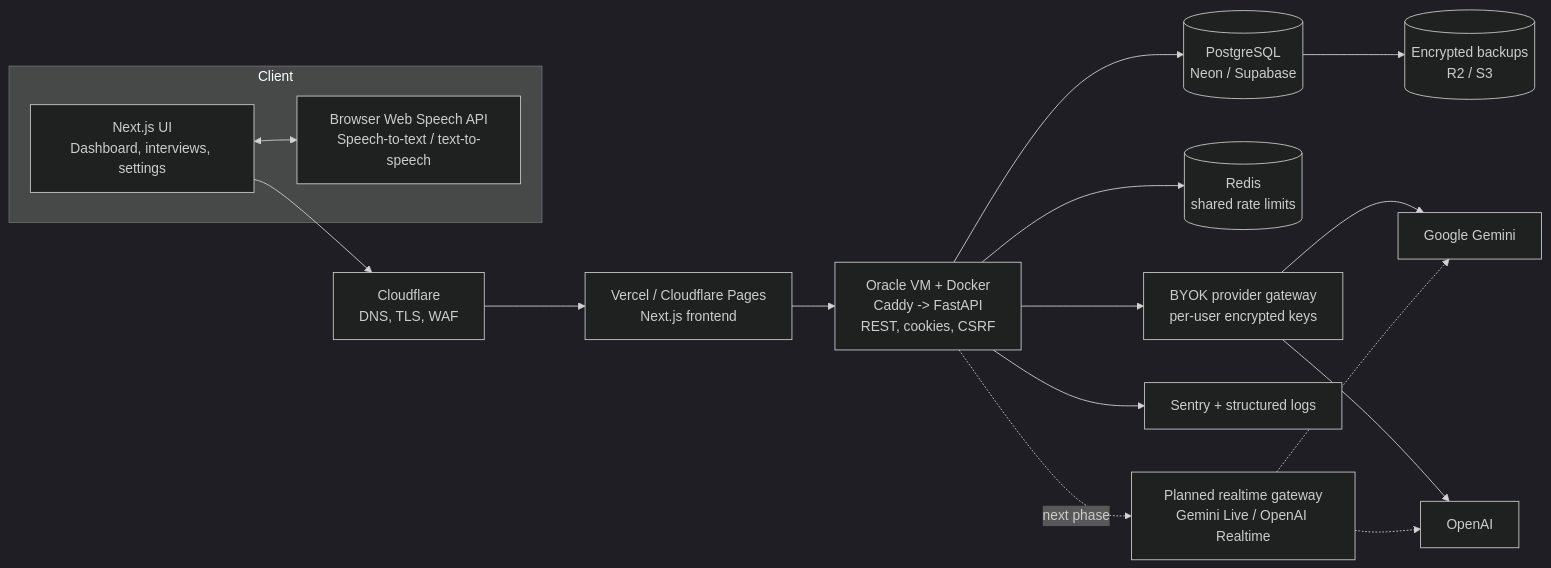
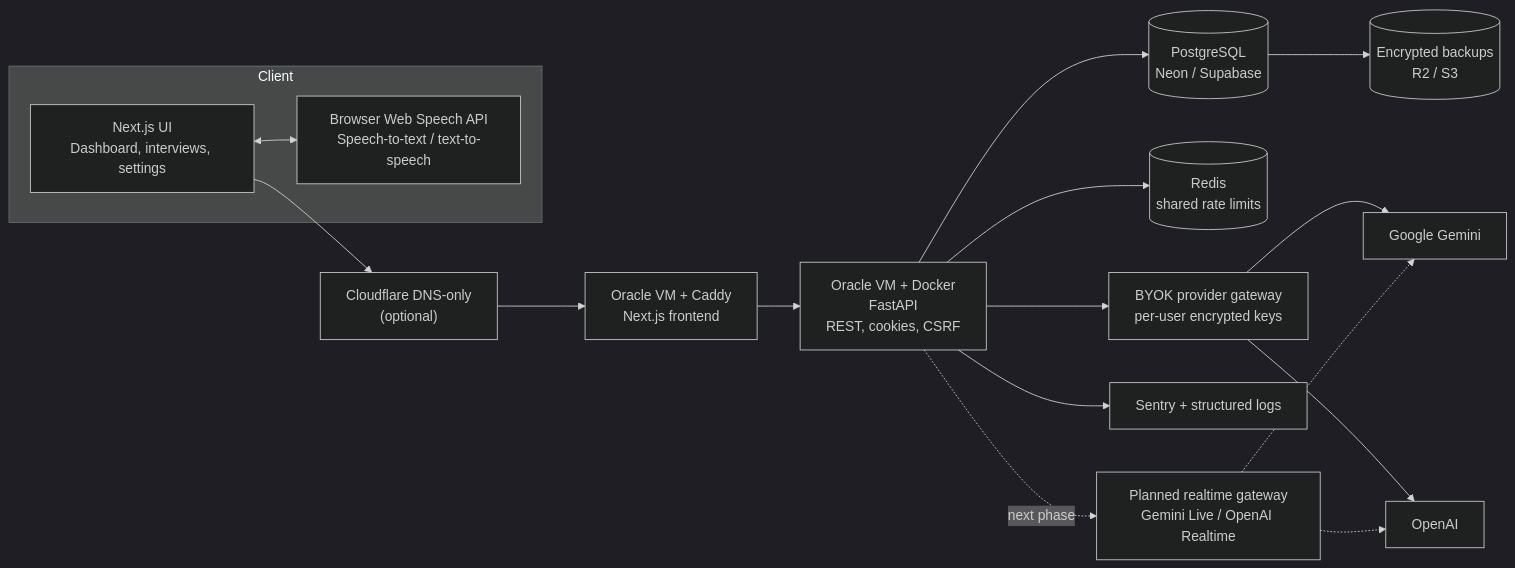
Before and after one commit to udii05/crack-karo: the first of 2 diagrams in README.md, drawn with Mermaid (dark theme). The commit also changed other lines of this file and 9 other files, not shown here.

Commit message:
feat: serve frontend and API from one Oracle origin

````diff
--- a/README.md
+++ b/README.md
@@ -133,32 +133,33 @@
 ```mermaid
 flowchart LR
     subgraph Client["Client"]
         UI["Next.js UI<br/>Dashboard, interviews, settings"]
         Speech["Browser Web Speech API<br/>Speech-to-text / text-to-speech"]
         UI <--> Speech
     end
 
-    Edge["Cloudflare<br/>DNS, TLS, WAF"]
-    Frontend["Vercel / Cloudflare Pages<br/>Next.js frontend"]
-    API["Oracle VM + Docker<br/>Caddy -> FastAPI<br/>REST, cookies, CSRF"]
+    Edge["Cloudflare DNS-only<br/>(optional)"]
+    Frontend["Oracle VM + Caddy<br/>Next.js frontend"]
+    API["Oracle VM + Docker<br/>FastAPI<br/>REST, cookies, CSRF"]
     DB[("PostgreSQL<br/>Neon / Supabase")]
     Redis[("Redis<br/>shared rate limits")]
     Providers["BYOK provider gateway<br/>per-user encrypted keys"]
     Gemini["Google Gemini"]
     OpenAI["OpenAI"]
     Observability["Sentry + structured logs"]
     Backup[("Encrypted backups<br/>R2 / S3")]
     Realtime["Planned realtime gateway<br/>Gemini Live / OpenAI Realtime"]
 
-    UI --> Edge --> Frontend --> API
+    UI --> Edge --> Frontend
+    Frontend --> API
     API --> DB
     API --> Redis
     API --> Providers
     Providers --> Gemini
     Providers --> OpenAI
     API --> Observability
     DB --> Backup
     API -. "next phase" .-> Realtime
     Realtime -.-> Gemini
     Realtime -.-> OpenAI
 ```
````
